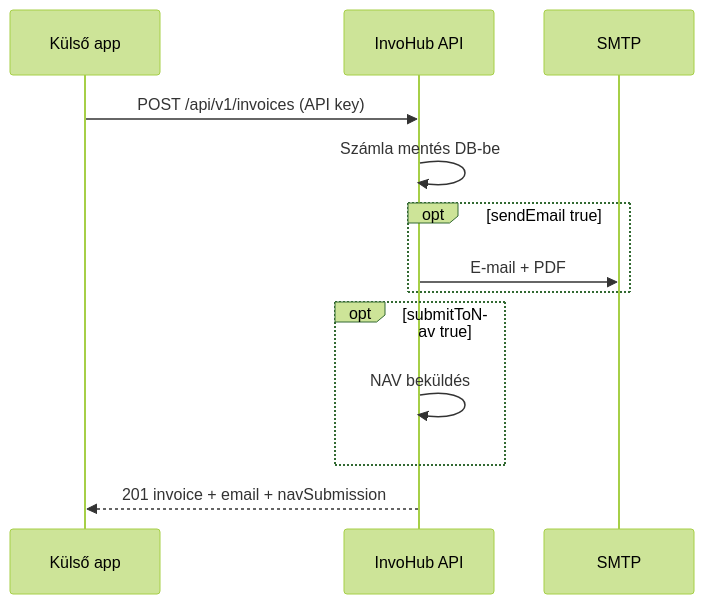
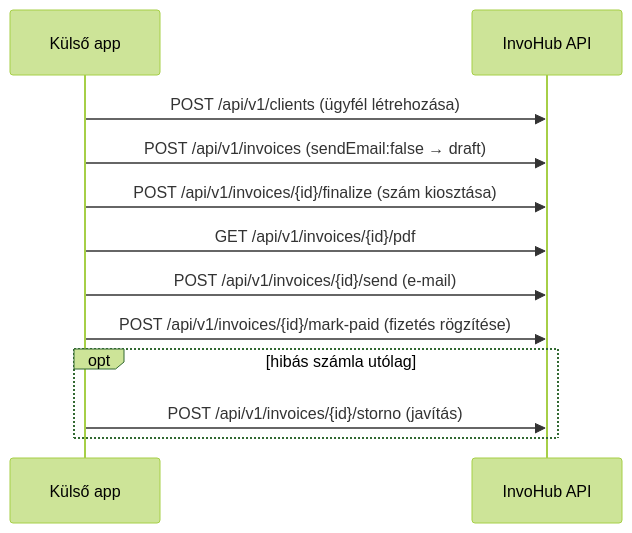
Before and after one commit to nagybrandy/invohub: the diagram in docs/external-api.md, drawn with Mermaid (forest theme). The commit also changed other lines of this file and 57 other files, not shown here.

````diff
--- a/docs/external-api.md
+++ b/docs/external-api.md
@@ -260,16 +368,15 @@
 ```mermaid
 sequenceDiagram
   participant App as Külső app
   participant API as InvoHub API
-  participant Mail as SMTP
 
-  App->>API: POST /api/v1/invoices (API key)
-  API->>API: Számla mentés DB-be
-  opt sendEmail true
-    API->>Mail: E-mail + PDF
+  App->>API: POST /api/v1/clients (ügyfél létrehozása)
+  App->>API: POST /api/v1/invoices (sendEmail:false → draft)
+  App->>API: POST /api/v1/invoices/{id}/finalize (szám kiosztása)
+  App->>API: GET /api/v1/invoices/{id}/pdf
+  App->>API: POST /api/v1/invoices/{id}/send (e-mail)
+  App->>API: POST /api/v1/invoices/{id}/mark-paid (fizetés rögzítése)
+  opt hibás számla utólag
+    App->>API: POST /api/v1/invoices/{id}/storno (javítás)
   end
-  opt submitToNav true
-    API->>API: NAV beküldés
-  end
-  API-->>App: 201 invoice + email + navSubmission
 ```
````
